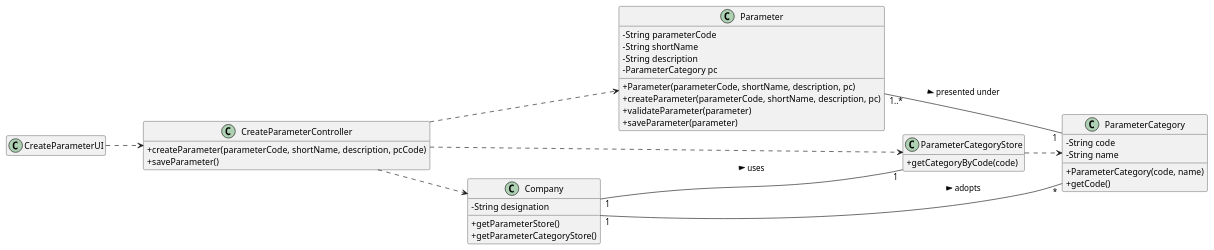
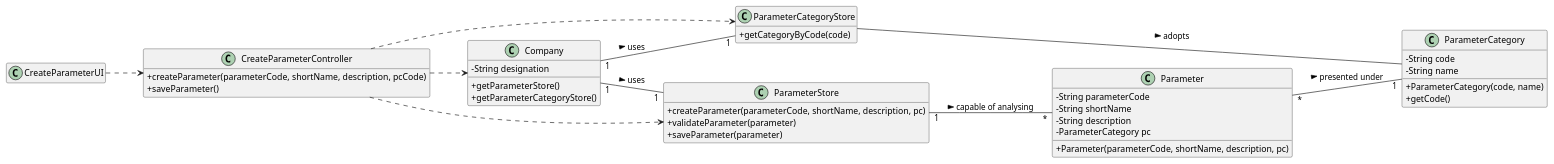
Before and after one commit to ana-albergaria/LAPR2-ISEP: the diagram in docs/SprintB/US_10/US10_CD.puml, drawn with PlantUML. The commit also changed 7 other files, not shown here.

```diff
--- a/docs/SprintB/US_10/US10_CD.puml
+++ b/docs/SprintB/US_10/US10_CD.puml
@@ -1,54 +1,58 @@
 @startuml
 hide empty methods
 hide empty attributes
 left to right direction
 skinparam classAttributeIconSize 0
 
 class ParameterCategoryStore {
     +getCategoryByCode(code)
 }
 
+class ParameterStore {
+    +createParameter(parameterCode, shortName, description, pc)
+    +validateParameter(parameter)
+    +saveParameter(parameter)
+}
+
 class Parameter {
   -String parameterCode
   -String shortName
   -String description
   -ParameterCategory pc
   +Parameter(parameterCode, shortName, description, pc)
-  +createParameter(parameterCode, shortName, description, pc)
-  +validateParameter(parameter)
-  +saveParameter(parameter)
 }
 
 class ParameterCategory {
    -String code
    -String name
    +ParameterCategory(code, name)
    +getCode()
 }
 
 class Company {
   -String designation
   +getParameterStore()
   +getParameterCategoryStore()
 }
 
 class CreateParameterController {
   +createParameter(parameterCode, shortName, description, pcCode)
   +saveParameter()
 }
 
 class CreateParameterUI {
 
 }
 
 CreateParameterUI ..> CreateParameterController
 CreateParameterController ..> Company
 CreateParameterController ..> ParameterCategoryStore
-CreateParameterController ..> Parameter
-ParameterCategoryStore ..> ParameterCategory
+CreateParameterController ..> ParameterStore
+ParameterCategoryStore -- ParameterCategory : adopts >
 Company "1" -- "1" ParameterCategoryStore : uses >
-Company "1" -- "*" ParameterCategory : adopts >
-Parameter "1..*" -- "1" ParameterCategory : presented under >
+Company "1" -- "1" ParameterStore : uses >
+ParameterStore "1" -- "*" Parameter : capable of analysing >
+Parameter "*" -- "1" ParameterCategory : presented under >
 
 
 @enduml
```
